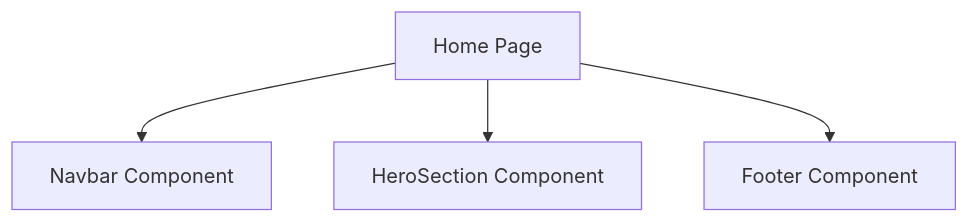
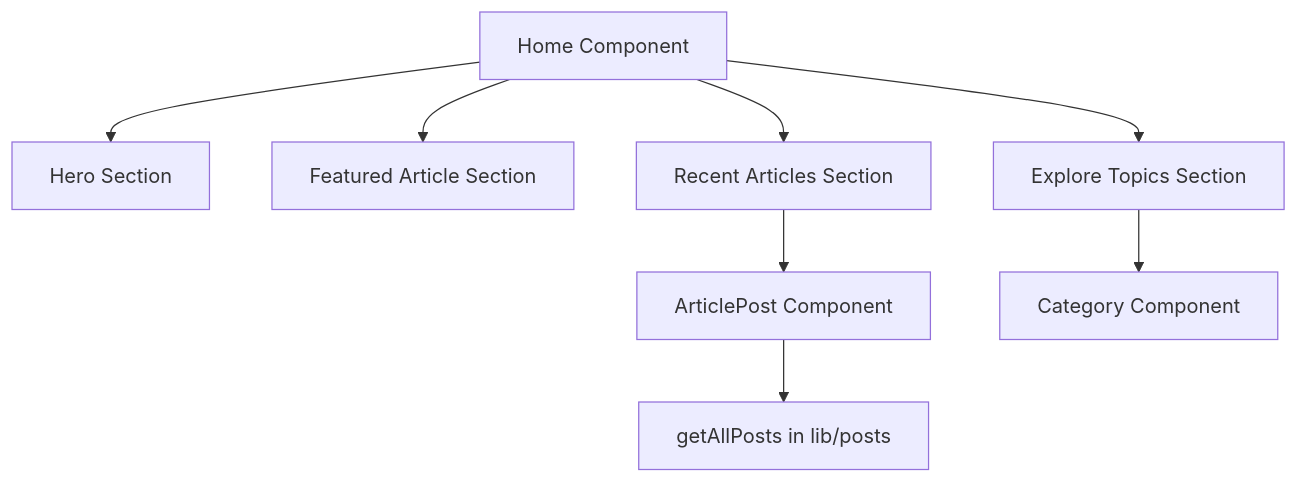
One commit to Aradhana-Platform/kohamar-aradhanaplatform.com changed the diagram in docs/app/home/page.tsx.md. Above: the diagram before and after it, drawn with Mermaid. The commit also changed other lines of this file and 53 other files, not shown here.

````diff
--- a/docs/app/home/page.tsx.md
+++ b/docs/app/home/page.tsx.md
@@ -27,6 +59,10 @@
 ```mermaid
 flowchart TD
-A[Home Page] --> B[Navbar Component]
-A --> C[HeroSection Component]
-A --> D[Footer Component]
+    A[Home Component] --> B[Hero Section]
+    A --> C[Featured Article Section]
+    A --> D[Recent Articles Section]
+    A --> E[Explore Topics Section]
+    D --> F[ArticlePost Component]
+    F --> G[getAllPosts in lib/posts]
+    E --> H[Category Component]
 ```
````
